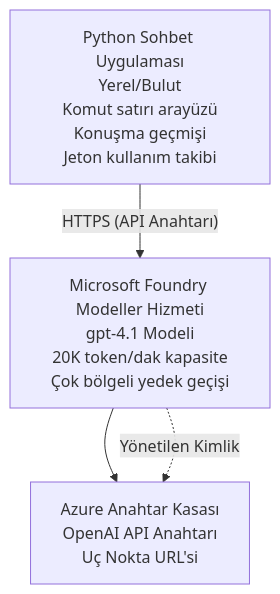
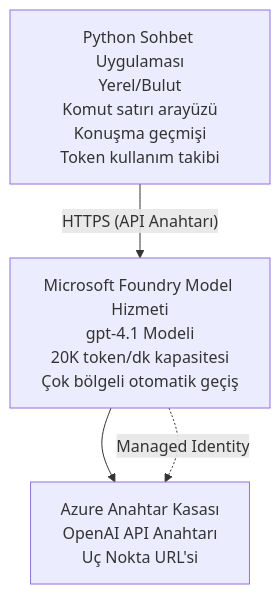
The diagram in translations/tr/examples/azure-openai-chat/README.md (microsoft/AZD-for-beginners), drawn with Mermaid before and after one commit. The commit also changed other lines of this file and 104 other files, not shown here.

````diff
--- a/translations/tr/examples/azure-openai-chat/README.md
+++ b/translations/tr/examples/azure-openai-chat/README.md
@@ -26,6 +26,6 @@
 ```mermaid
 graph TD
-    App[Python Sohbet Uygulaması<br/>Yerel/Bulut<br/>Komut satırı arayüzü<br/>Konuşma geçmişi<br/>Jeton kullanım takibi] -- "HTTPS (API Anahtarı)" --> Foundry[Microsoft Foundry Modeller Hizmeti<br/>gpt-4.1 Modeli<br/>20K token/dak kapasite<br/>Çok bölgeli yedek geçişi]
+    App[Python Sohbet Uygulaması<br/>Yerel/Bulut<br/>Komut satırı arayüzü<br/>Konuşma geçmişi<br/>Token kullanım takibi] -- "HTTPS (API Anahtarı)" --> Foundry[Microsoft Foundry Model Hizmeti<br/>gpt-4.1 Modeli<br/>20K token/dk kapasitesi<br/>Çok bölgeli otomatik geçiş]
     Foundry --> KV[Azure Anahtar Kasası<br/>OpenAI API Anahtarı<br/>Uç Nokta URL'si]
-    Foundry -. Yönetilen Kimlik .-> KV
+    Foundry -. Managed Identity .-> KV
 ```
````
